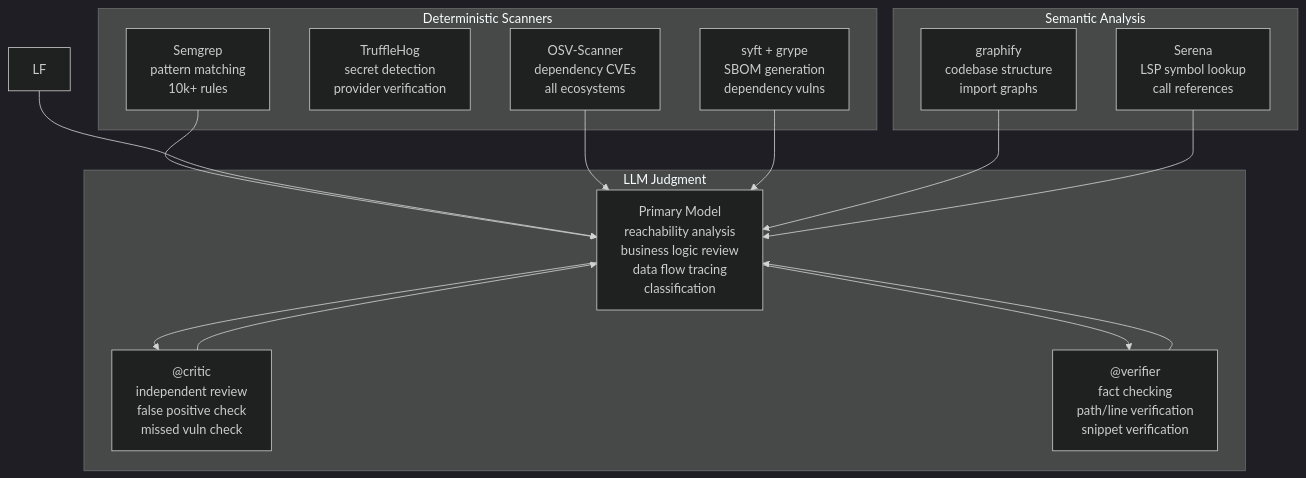
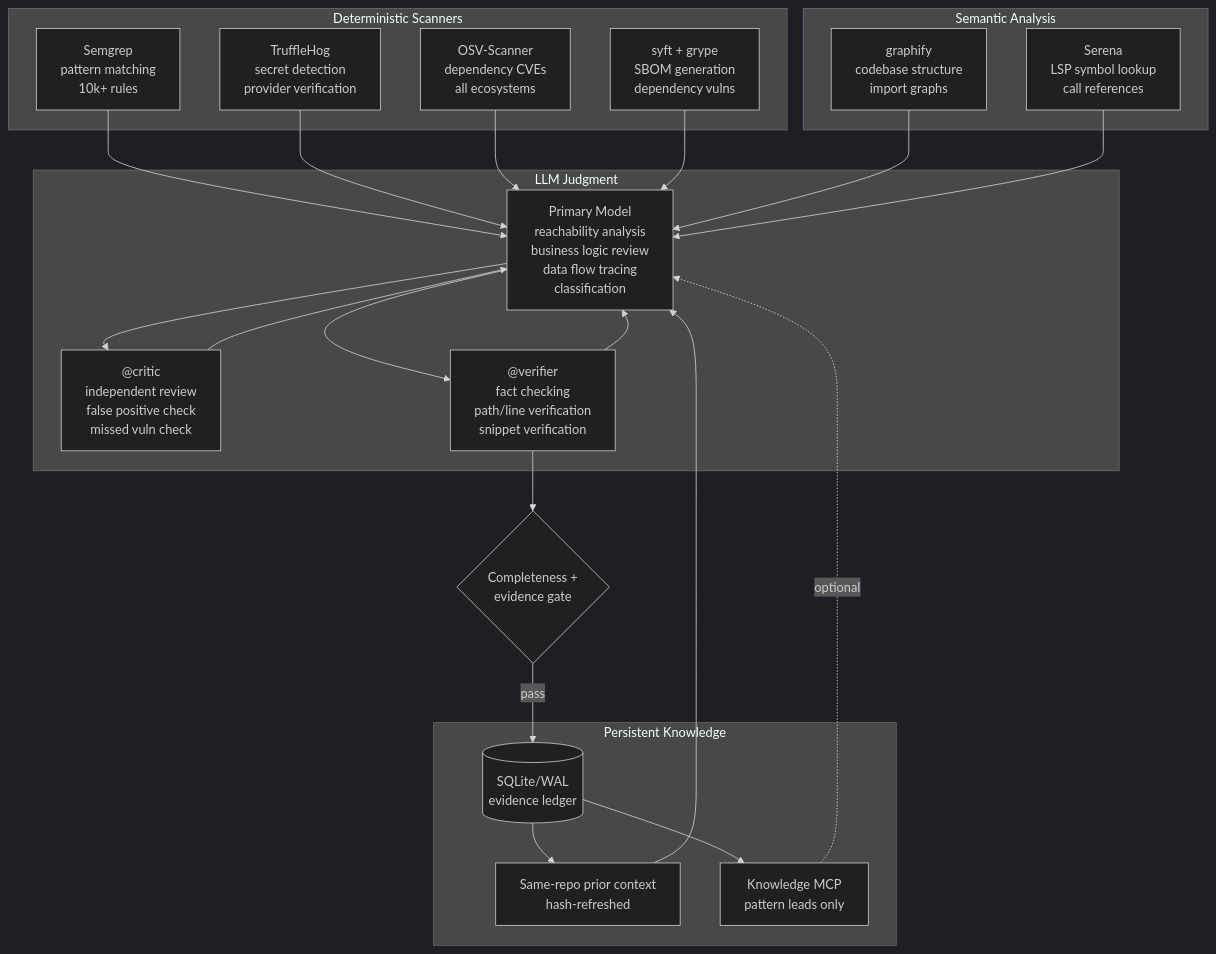
The eighth of 8 diagrams in README.md (dominikmi/laser), drawn with Mermaid before and after one commit. The commit also changed other lines of this file, not shown here.

First line of the commit message:
Document persistent knowledge architecture (#6)

````diff
--- a/README.md
+++ b/README.md
@@ -947,32 +1025,44 @@
 ```mermaid
 %%{init: {"theme": "dark"}}%%
 flowchart TD
     subgraph Deterministic["Deterministic Scanners"]
         SG["Semgrep<br/>pattern matching<br/>10k+ rules"]
         TH["TruffleHog<br/>secret detection<br/>provider verification"]
         OSV["OSV-Scanner<br/>dependency CVEs<br/>all ecosystems"]
         SY["syft + grype<br/>SBOM generation<br/>dependency vulns"]
     end
 
     subgraph Semantic["Semantic Analysis"]
         GR["graphify<br/>codebase structure<br/>import graphs"]
         SR["Serena<br/>LSP symbol lookup<br/>call references"]
     end
 
+    subgraph Knowledge["Persistent Knowledge"]
+        KL[("SQLite/WAL<br/>evidence ledger")]
+        KP["Same-repo prior context<br/>hash-refreshed"]
+        KM["Knowledge MCP<br/>pattern leads only"]
+        KL --> KP
+        KL --> KM
+    end
+
     subgraph LLM_Judgment["LLM Judgment"]
         PR["Primary Model<br/>reachability analysis<br/>business logic review<br/>data flow tracing<br/>classification"]
         CR["@critic<br/>independent review<br/>false positive check<br/>missed vuln check"]
         VR["@verifier<br/>fact checking<br/>path/line verification<br/>snippet verification"]
     end
 
     SG --> PR
-    LF --> PR
+    TH --> PR
     OSV --> PR
     SY --> PR
     GR --> PR
     SR --> PR
+    KP --> PR
+    KM -. "optional" .-> PR
     PR --> CR
     CR --> PR
     PR --> VR
     VR --> PR
+    VR --> GI{"Completeness +<br/>evidence gate"}
+    GI -- pass --> KL
 ```
````
